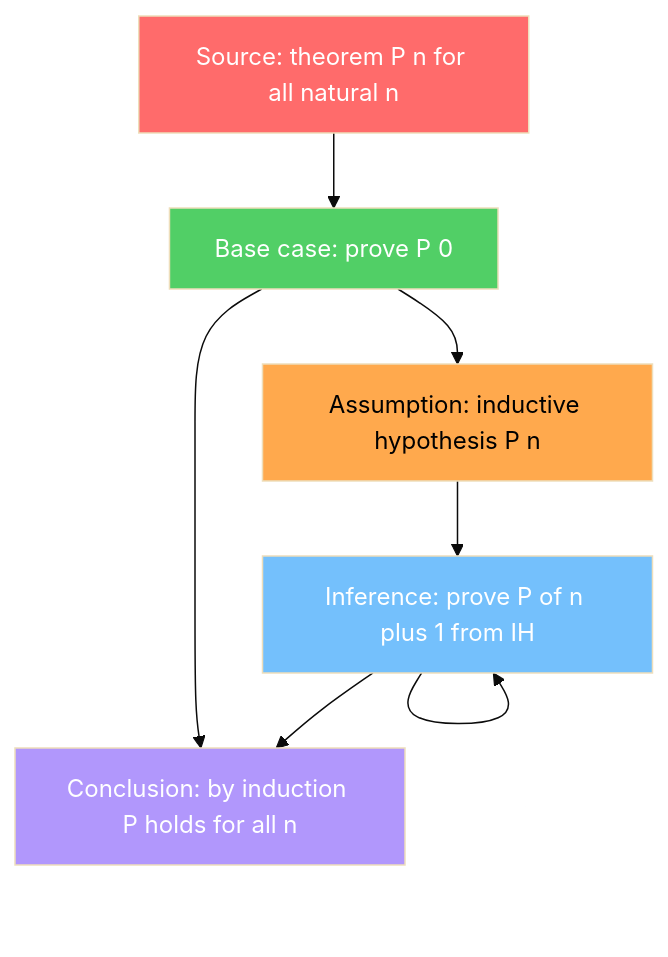
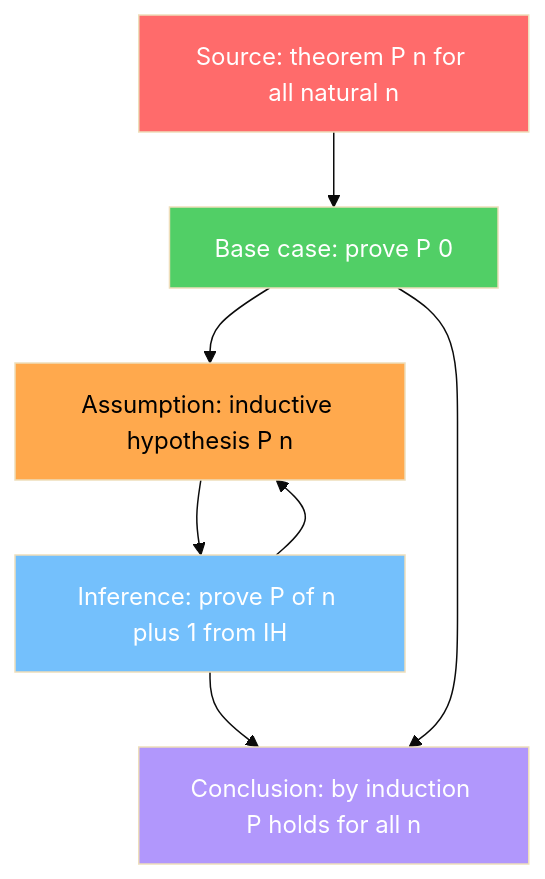
Before and after one commit to garywelz/progframe: the third of 9 diagrams in collaborations/mathematics-database/mathematics-paper-draft.md, drawn with Mermaid (base theme). The commit also changed other lines of this file, not shown here.

First line of the commit message:
Mathematics paper: numbered references [1]-[16], fix induction Mermaid back-edge

````diff
--- a/collaborations/mathematics-database/mathematics-paper-draft.md
+++ b/collaborations/mathematics-database/mathematics-paper-draft.md
@@ -419,18 +420,18 @@
 ```mermaid
 flowchart TD
   S["Source: theorem P n for all natural n"]
   B["Base case: prove P 0"]
   IH["Assumption: inductive hypothesis P n"]
   ST["Inference: prove P of n plus 1 from IH"]
   S --> B
   B --> IH
   IH --> ST
-  ST --> ST
+  ST --> IH
   ST --> C["Conclusion: by induction P holds for all n"]
   B --> C
   style S fill:#ff6b6b,color:#fff
   style B fill:#51cf66,color:#fff
   style IH fill:#ffa94d,color:#000
   style ST fill:#74c0fc,color:#fff
   style C fill:#b197fc,color:#fff
 ```
````
